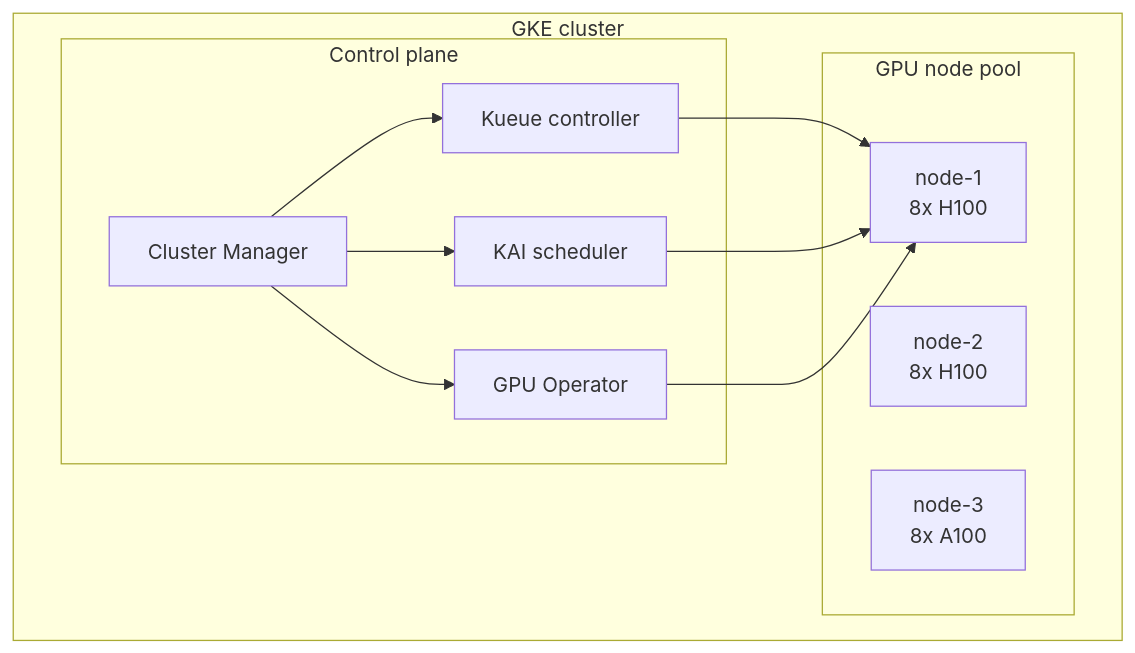
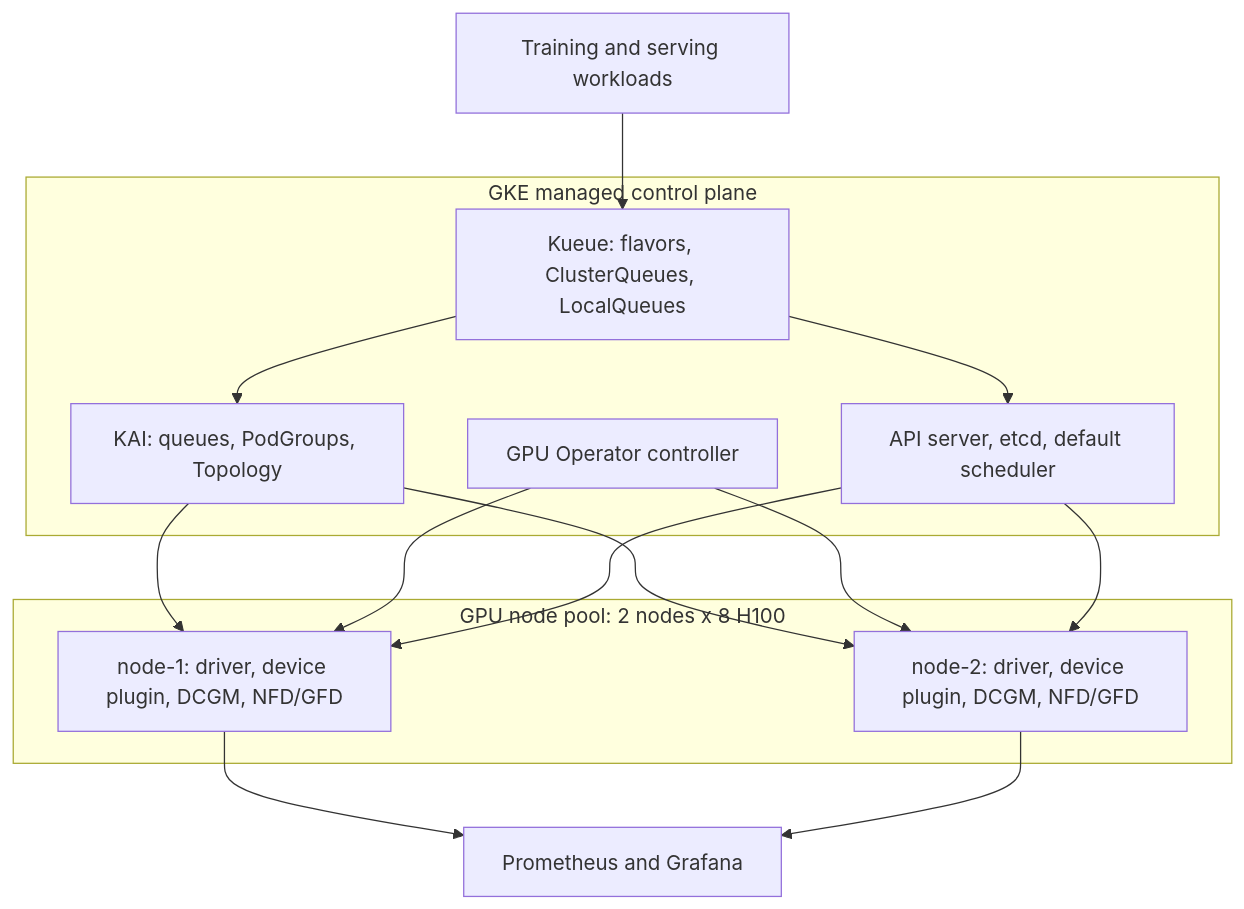
One commit to jithinpnjm/ai-infra-handbook changed the diagram in docs/part-19-capstone/02-capstone-a-kubernetes-gpu-platform-with-kai-and-kueue.md. Above: the diagram before and after it, drawn with Mermaid. The commit also changed other lines of this file and 6 other files, not shown here.

Commit message:
Part 19: fix 19.1 slurm/cgroup config and diagram

````diff
--- a/docs/part-19-capstone/02-capstone-a-kubernetes-gpu-platform-with-kai-and-kueue.md
+++ b/docs/part-19-capstone/02-capstone-a-kubernetes-gpu-platform-with-kai-and-kueue.md
@@ -79,24 +82,26 @@
 ```mermaid
 flowchart TB
-    subgraph Cluster["GKE cluster"]
-        subgraph Control["Control plane"]
-            CM[Cluster Manager]
-            KueueC[Kueue controller]
-            KAIC[KAI scheduler]
-            GPUOp[GPU Operator]
-        end
-
-        subgraph NodePool["GPU node pool"]
-            N1[node-1<br/>8x H100]
-            N2[node-2<br/>8x H100]
-            N3[node-3<br/>8x A100]
-        end
+    subgraph CP["GKE managed control plane"]
+        API["API server, etcd, default scheduler"]
+        KQ["Kueue: flavors, ClusterQueues, LocalQueues"]
+        KA["KAI: queues, PodGroups, Topology"]
+        GO["GPU Operator controller"]
     end
-
-    CM --> KueueC
-    CM --> KAIC
-    CM --> GPUOp
-    KueueC --> N1
-    KAIC --> N1
-    GPUOp --> N1
+    subgraph NP["GPU node pool: 2 nodes x 8 H100"]
+        N1["node-1: driver, device plugin, DCGM, NFD/GFD"]
+        N2["node-2: driver, device plugin, DCGM, NFD/GFD"]
+    end
+    W["Training and serving workloads"]
+    OBS["Prometheus and Grafana"]
+    W --> KQ
+    KQ --> KA
+    KQ --> API
+    KA --> N1
+    KA --> N2
+    GO --> N1
+    GO --> N2
+    API --> N1
+    API --> N2
+    N1 --> OBS
+    N2 --> OBS
 ```
````
